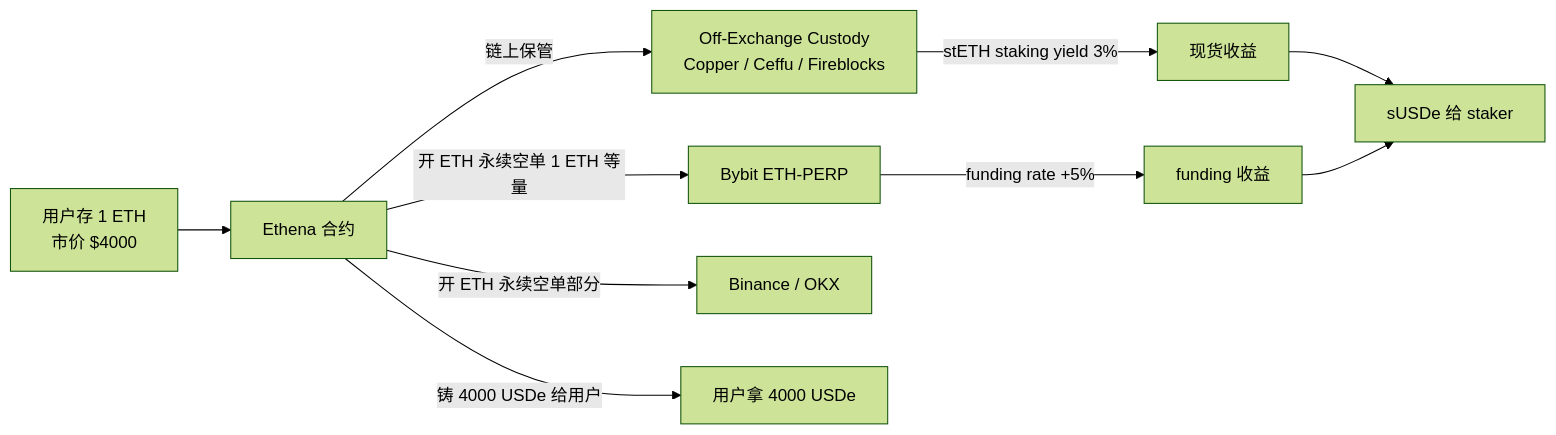
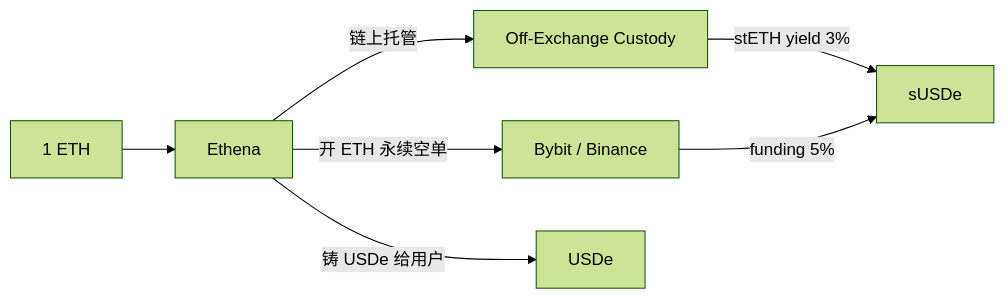
One commit to ChuwuYo/misc-files changed the third of 20 diagrams in web3-engineer-guide/06-DeFi协议工程/README.md. Above: the diagram before and after it, drawn with Mermaid (forest theme). The commit also changed other lines of this file and 211 other files, not shown here.

````diff
--- a/web3-engineer-guide/06-DeFi协议工程/README.md
+++ b/web3-engineer-guide/06-DeFi协议工程/README.md
@@ -386,13 +146,9 @@
 ```mermaid
 flowchart LR
-    U[用户存 1 ETH<br/>市价 $4000] --> E[Ethena 合约]
-    E -->|链上保管| C[Off-Exchange Custody<br/>Copper / Ceffu / Fireblocks]
-    E -->|开 ETH 永续空单 1 ETH 等量| CEX1[Bybit ETH-PERP]
-    E -->|开 ETH 永续空单部分| CEX2[Binance / OKX]
-    E -->|铸 4000 USDe 给用户| U2[用户拿 4000 USDe]
-
-    C -->|stETH staking yield 3%| Y1[现货收益]
-    CEX1 -->|funding rate +5%| Y2[funding 收益]
-    Y1 --> S[sUSDe 给 staker]
-    Y2 --> S
+    U[1 ETH] --> E[Ethena]
+    E -->|链上托管| C[Off-Exchange Custody]
+    E -->|开 ETH 永续空单| CEX[Bybit / Binance]
+    E -->|铸 USDe 给用户| U2[USDe]
+    C -->|stETH yield 3%| Y[sUSDe]
+    CEX -->|funding 5%| Y
 ```
````
